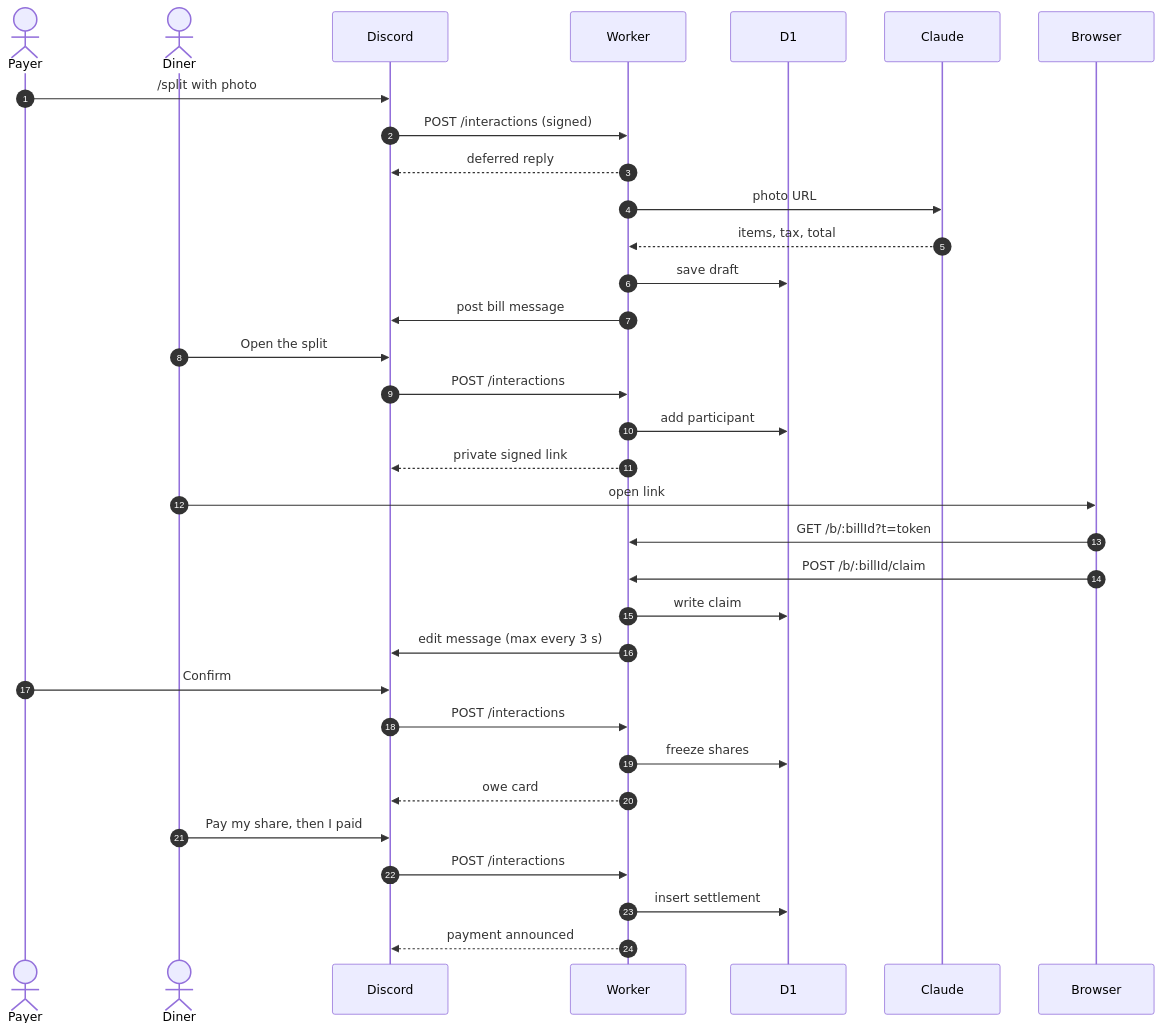
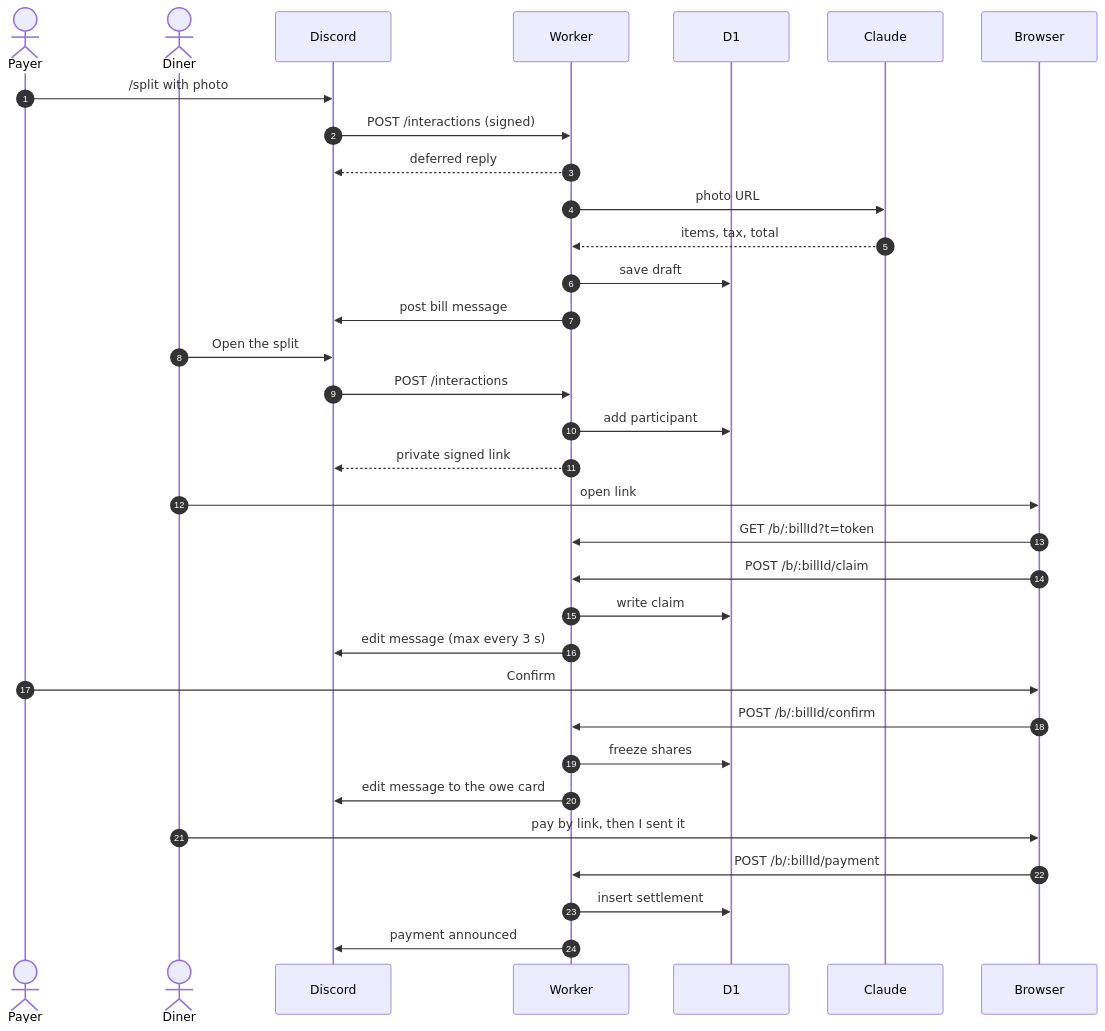
The second of 2 diagrams in docs/architecture.md (gavinlin24/aazhi), drawn with Mermaid before and after one commit. The commit also changed other lines of this file and 26 other files, not shown here.

````diff
--- a/docs/architecture.md
+++ b/docs/architecture.md
@@ -116,36 +123,36 @@
 ```mermaid
 sequenceDiagram
   autonumber
   actor Payer
   actor Diner
   participant D as Discord
   participant W as Worker
   participant DB as D1
   participant C as Claude
   participant B as Browser
 
   Payer->>D: /split with photo
   D->>W: POST /interactions (signed)
   W-->>D: deferred reply
   W->>C: photo URL
   C-->>W: items, tax, total
   W->>DB: save draft
   W->>D: post bill message
   Diner->>D: Open the split
   D->>W: POST /interactions
   W->>DB: add participant
   W-->>D: private signed link
   Diner->>B: open link
   B->>W: GET /b/:billId?t=token
   B->>W: POST /b/:billId/claim
   W->>DB: write claim
   W->>D: edit message (max every 3 s)
-  Payer->>D: Confirm
-  D->>W: POST /interactions
+  Payer->>B: Confirm
+  B->>W: POST /b/:billId/confirm
   W->>DB: freeze shares
-  W-->>D: owe card
-  Diner->>D: Pay my share, then I paid
-  D->>W: POST /interactions
+  W->>D: edit message to the owe card
+  Diner->>B: pay by link, then I sent it
+  B->>W: POST /b/:billId/payment
   W->>DB: insert settlement
-  W-->>D: payment announced
+  W->>D: payment announced
 ```
````
